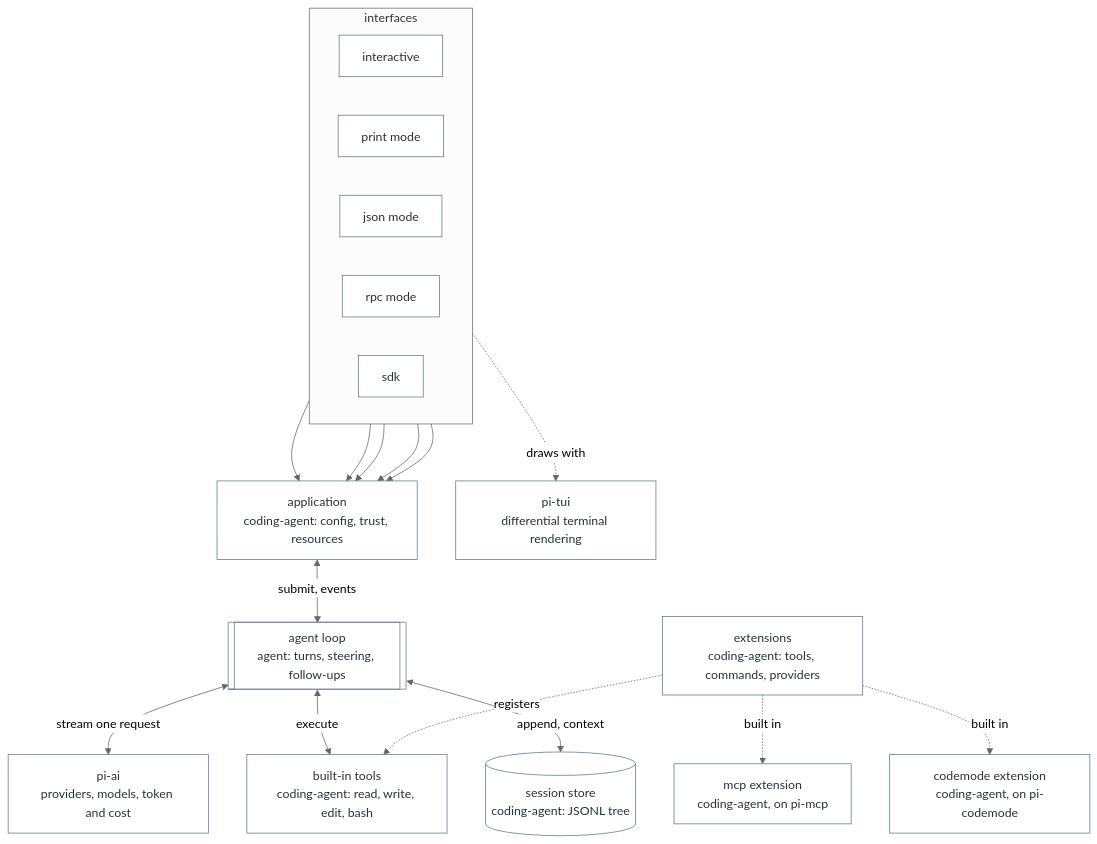
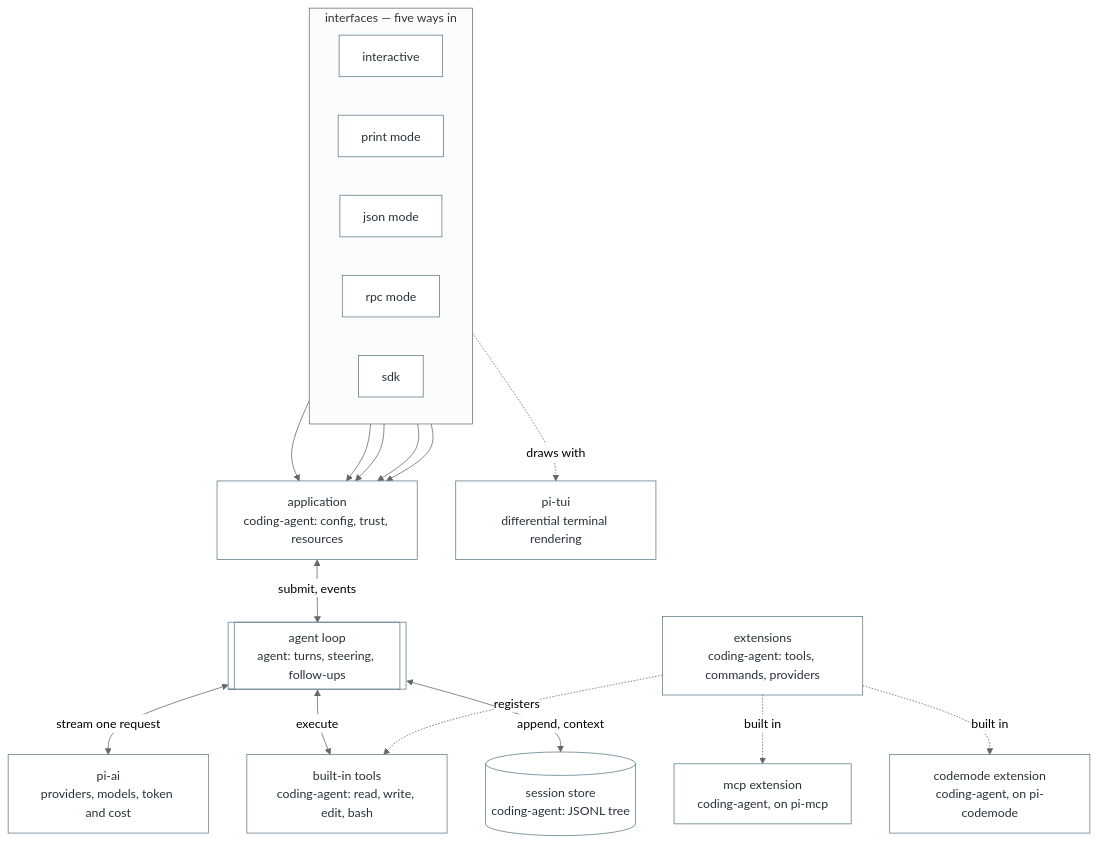
Before and after one commit to OverbearingPearl/pearl: the first of 2 diagrams in README.md, drawn with Mermaid (neutral theme). The commit also changed other lines of this file and 6 other files, not shown here.

````diff
--- a/README.md
+++ b/README.md
@@ -168,35 +168,35 @@
 ```mermaid
 flowchart TB
-  subgraph surfaces["interfaces"]
+  subgraph ifaces["interfaces — five ways in"]
     direction LR
     i_tui["interactive"]
     i_print["print mode"]
     i_json["json mode"]
     i_rpc["rpc mode"]
     i_sdk["sdk"]
   end
   a_shell["application<br/>coding-agent: config, trust, resources"]
   a_tools["built-in tools<br/>coding-agent: read, write, edit, bash"]
   a_ext["extensions<br/>coding-agent: tools, commands, providers"]
   a_store[("session store<br/>coding-agent: JSONL tree")]
   l_loop[["agent loop<br/>agent: turns, steering, follow-ups"]]
   ai["pi-ai<br/>providers, models, token and cost"]
   tui["pi-tui<br/>differential terminal rendering"]
   mcp["mcp extension<br/>coding-agent, on pi-mcp"]
   codemode["codemode extension<br/>coding-agent, on pi-codemode"]
   i_tui --> a_shell
   i_print --> a_shell
   i_json --> a_shell
   i_rpc --> a_shell
   i_sdk --> a_shell
   i_tui -.->|draws with| tui
   a_shell <-->|submit, events| l_loop
   l_loop <-->|stream one request| ai
   l_loop <-->|execute| a_tools
   l_loop <-->|append, context| a_store
   a_ext -.->|registers| a_tools
   a_ext -.->|built in| mcp
   a_ext -.->|built in| codemode
   classDef base fill:#ffffff,stroke:#607d8b,color:#263238
   class i_tui,i_print,i_json,i_rpc,i_sdk,a_shell,a_tools,a_ext,a_store,l_loop,ai,tui,mcp,codemode base
 ```
````
